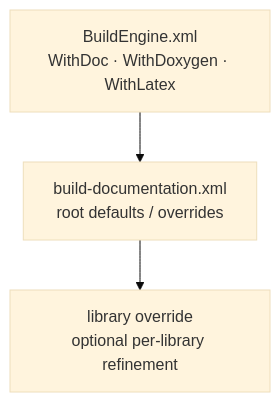
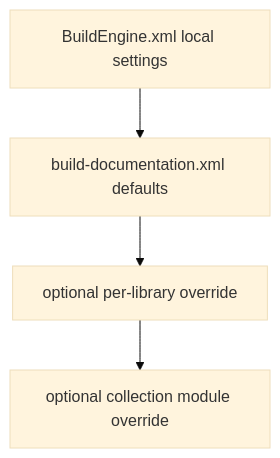
One commit to adeccscholar/BuildEngine-Admin changed the second of 3 diagrams in admin/server-docs/documentation.md. Above: the diagram before and after it, drawn with Mermaid (base theme). The commit also changed other lines of this file, not shown here.

Commit message:
Align public documentation contract with current collection model

````diff
--- a/admin/server-docs/documentation.md
+++ b/admin/server-docs/documentation.md
@@ -50,5 +72,6 @@
 ```mermaid
 flowchart TD
-   Local["BuildEngine.xml<br/>WithDoc · WithDoxygen · WithLatex"] --> Root["build-documentation.xml<br/>root defaults / overrides"]
-   Root --> Library["library override<br/>optional per-library refinement"]
+   L[BuildEngine.xml local settings] --> R[build-documentation.xml defaults]
+   R --> O[optional per-library override]
+   O --> M[optional collection module override]
 ```
````
